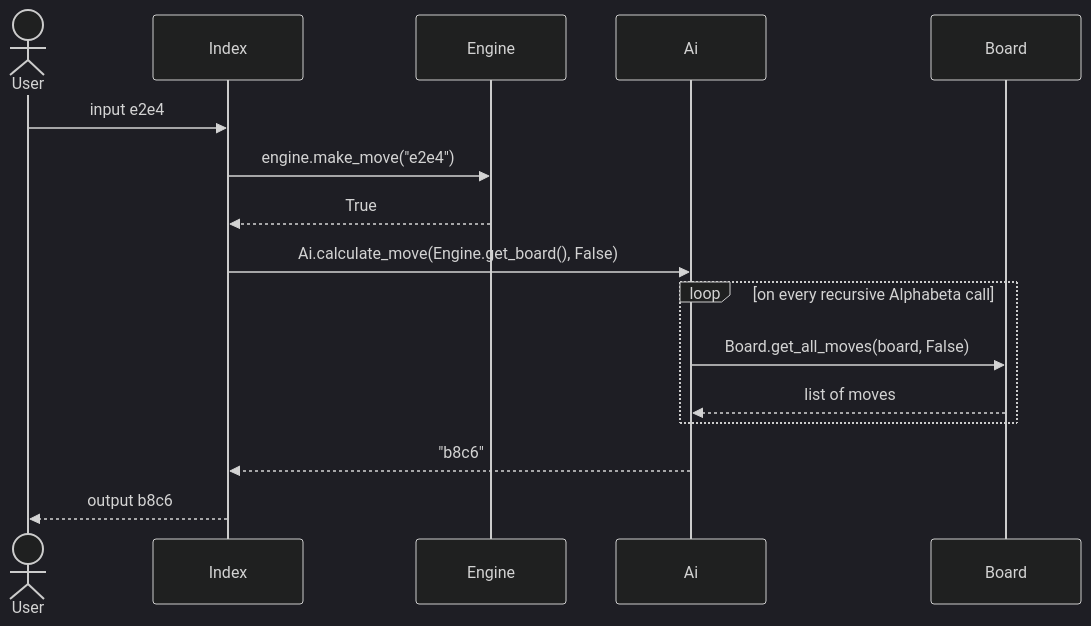
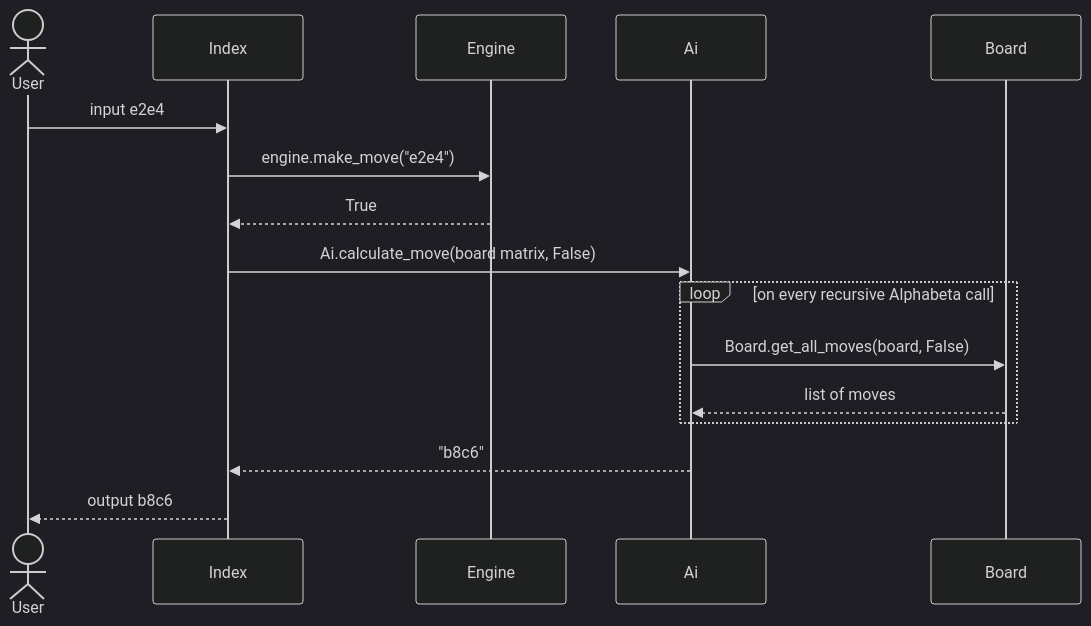
One commit to rikumat/chess-engine changed the diagram in documentation/implementation.md. Above: the diagram before and after it, drawn with Mermaid (dark theme).

````diff
--- a/documentation/implementation.md
+++ b/documentation/implementation.md
@@ -22,19 +22,19 @@
 ```mermaid
 sequenceDiagram
   actor User
   participant Index
   participant Engine
   participant Ai
   participant Board
 
 User ->> Index:input e2e4
 Index ->> Engine: engine.make_move("e2e4")
 Engine -->> Index: True
-Index ->> Ai: Ai.calculate_move(Engine.get_board(), False)
+Index ->> Ai: Ai.calculate_move(board matrix, False)
 loop on every recursive Alphabeta call
   Ai ->> Board: Board.get_all_moves(board, False)
   Board -->> Ai: list of moves
     end
 Ai -->> Index: "b8c6"
 Index -->> User: output b8c6
   ```
````
